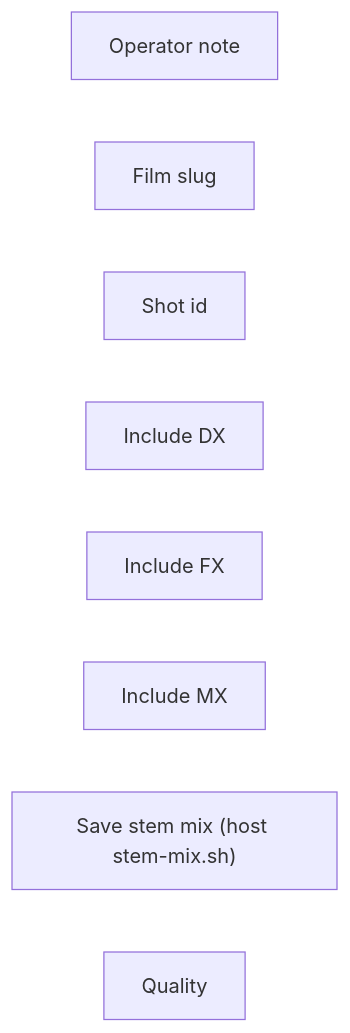
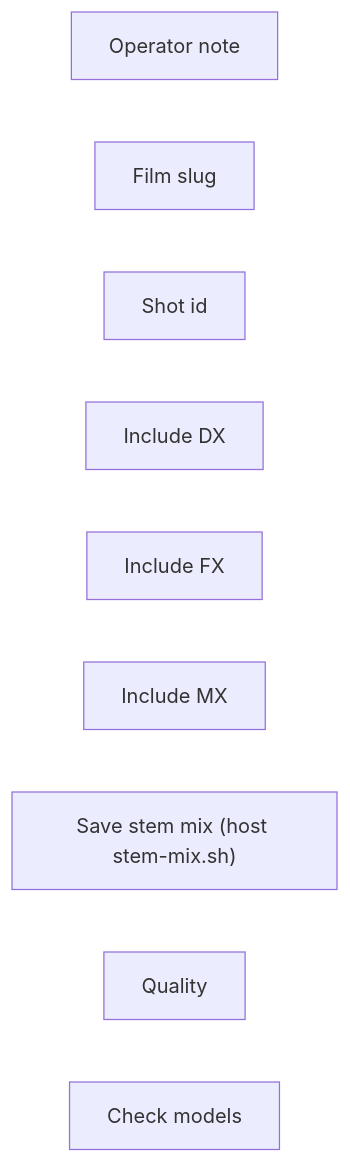
One commit to toxicoder/ez-comfy-stack changed the diagram in docs/generated/workflows/audio/stem-mix.md. Above: the diagram before and after it, drawn with Mermaid. The commit also changed other lines of this file and 1106 other files, not shown here.

First line of the commit message:
feat: add Check models node to every lab App

````diff
--- a/docs/generated/workflows/audio/stem-mix.md
+++ b/docs/generated/workflows/audio/stem-mix.md
@@ -62,11 +62,12 @@
 ```mermaid
 flowchart LR
   N1["Operator note"]
   N2["Film slug"]
   N3["Shot id"]
   N4["Include DX"]
   N5["Include FX"]
   N6["Include MX"]
   N7["Save stem mix (host stem-mix.sh)"]
   N8["Quality"]
+  N9["Check models"]
 ```
````
